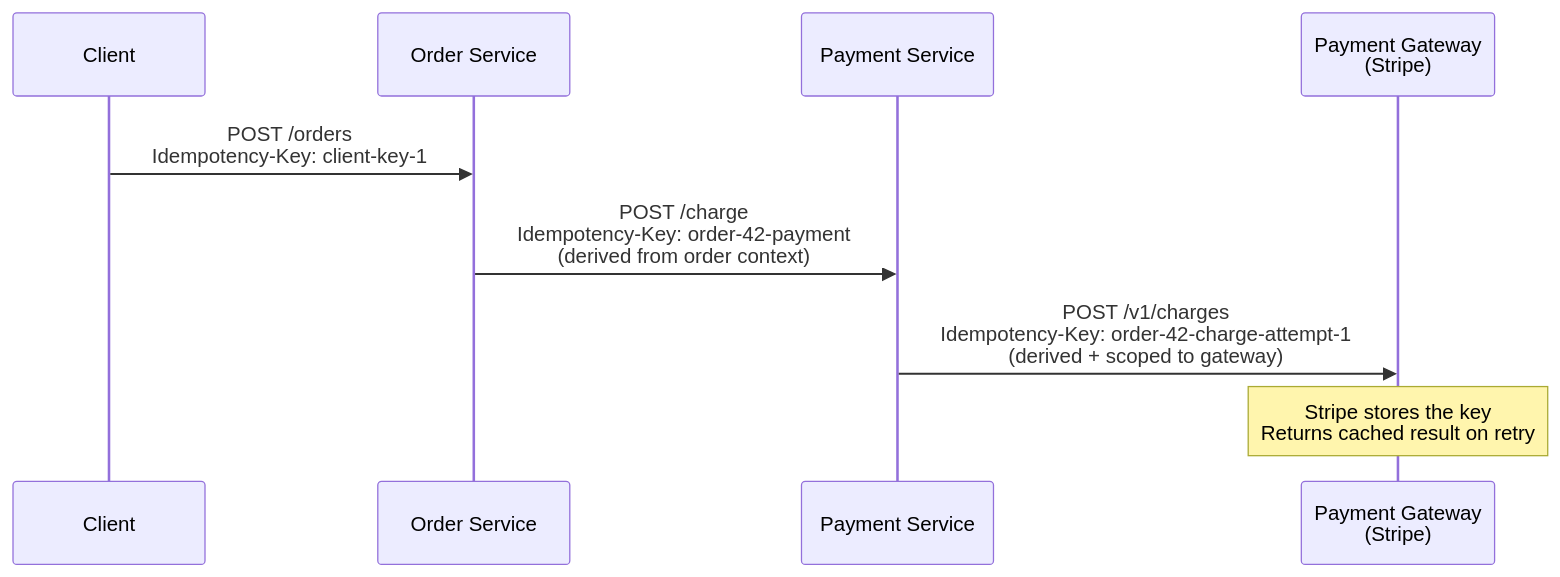
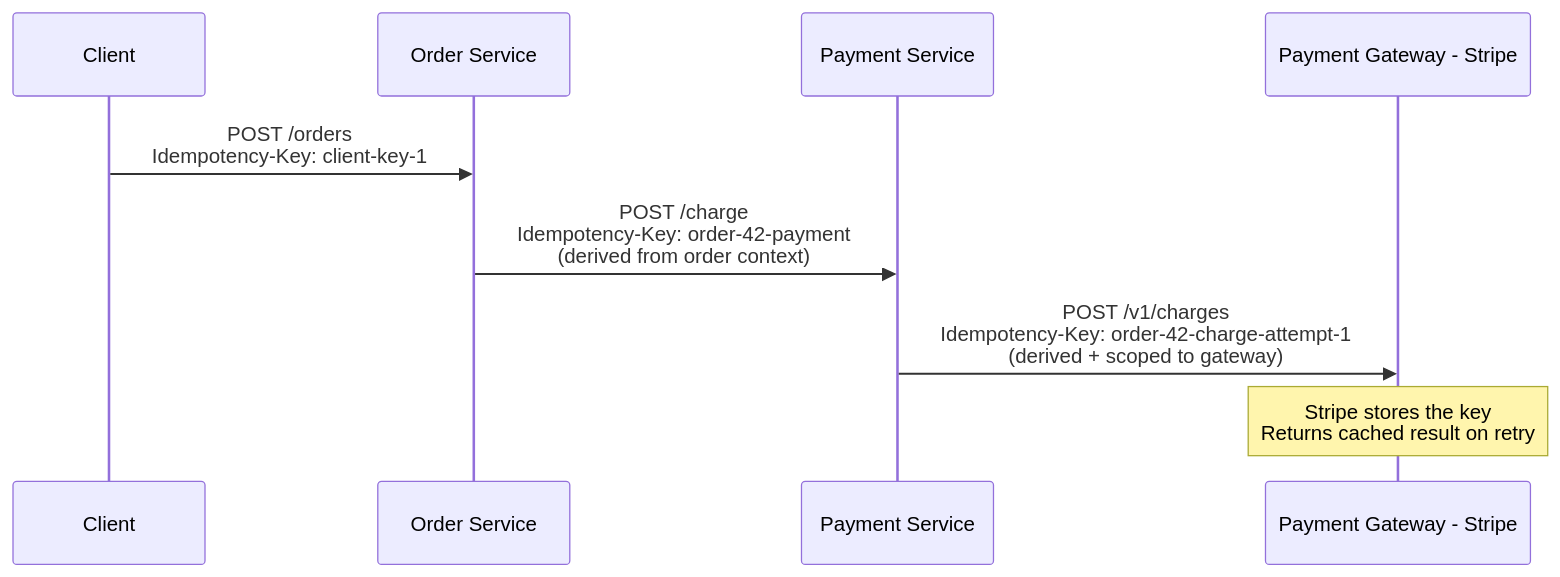
One commit to bindian0509/system-design changed the tenth of 21 diagrams in system-design-interview-guide/core-concepts/idempotency.md. Above: the diagram before and after it, drawn with Mermaid. The commit also changed other lines of this file and 1 other file, not shown here.

````diff
--- a/system-design-interview-guide/core-concepts/idempotency.md
+++ b/system-design-interview-guide/core-concepts/idempotency.md
@@ -303,15 +303,15 @@
 ```mermaid
 sequenceDiagram
     participant Client
     participant OrderSvc as Order Service
     participant PaymentSvc as Payment Service
-    participant Gateway as Payment Gateway<br/>(Stripe)
+    participant Gateway as Payment Gateway - Stripe
 
     Client->>OrderSvc: POST /orders<br/>Idempotency-Key: client-key-1
 
     OrderSvc->>PaymentSvc: POST /charge<br/>Idempotency-Key: order-42-payment<br/>(derived from order context)
 
     PaymentSvc->>Gateway: POST /v1/charges<br/>Idempotency-Key: order-42-charge-attempt-1<br/>(derived + scoped to gateway)
 
     Note over Gateway: Stripe stores the key<br/>Returns cached result on retry
 ```
````
